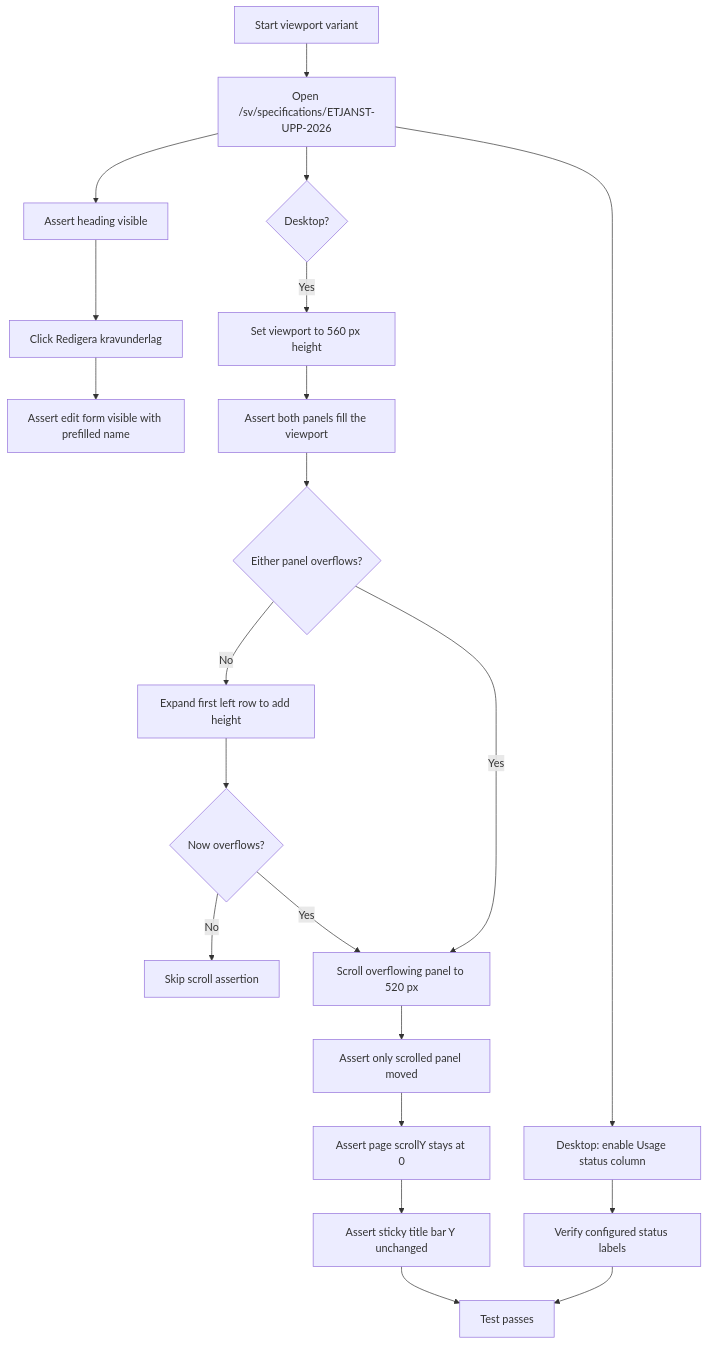
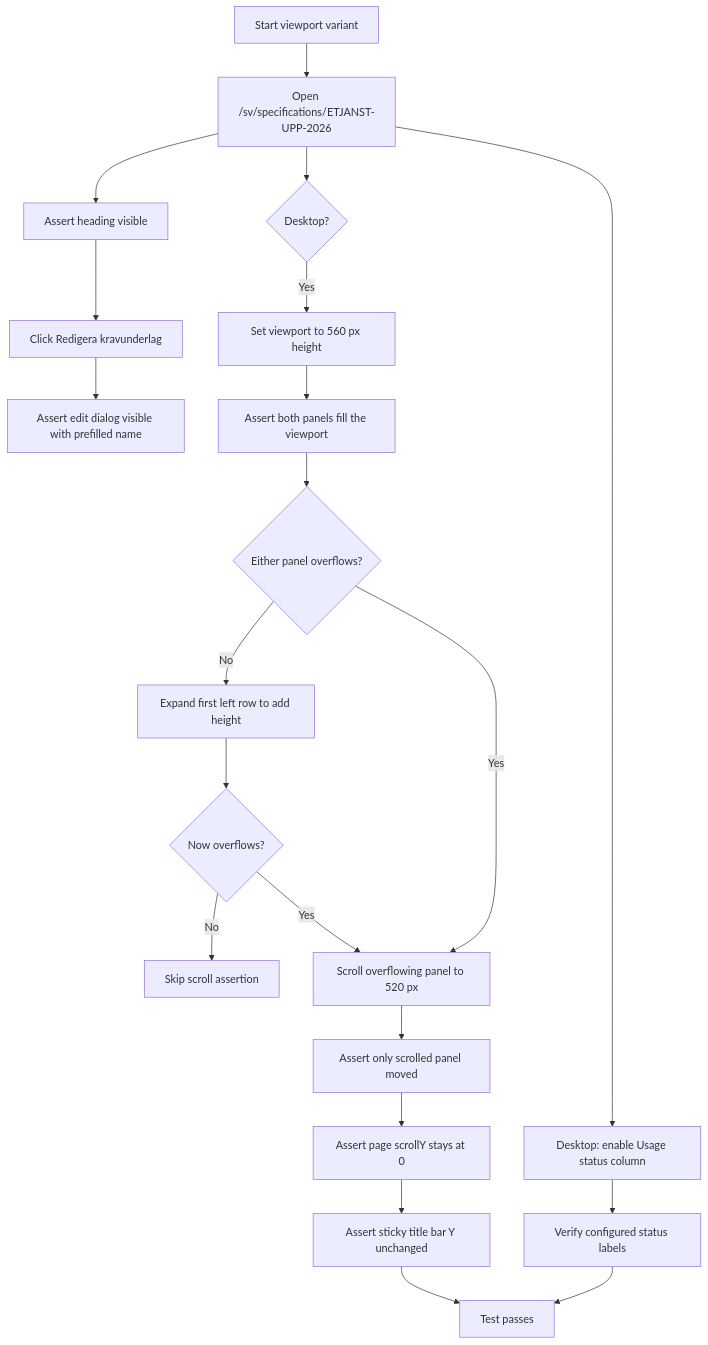
One commit to viscalyx/Kravhantering changed the first of 4 diagrams in tests/integration/requirements-specification-detail.md. Above: the diagram before and after it, drawn with Mermaid. The commit also changed other lines of this file and 351 other files, not shown here.

````diff
--- a/tests/integration/requirements-specification-detail.md
+++ b/tests/integration/requirements-specification-detail.md
@@ -30,23 +30,23 @@
 ```mermaid
 flowchart TD
     A[Start viewport variant] --> B[Open /sv/specifications/ETJANST-UPP-2026]
     B --> C[Assert heading visible]
     C --> D[Click Redigera kravunderlag]
-    D --> E[Assert edit form visible with prefilled name]
+    D --> E[Assert edit dialog visible with prefilled name]
     B --> F{Desktop?}
     F -- Yes --> G[Set viewport to 560 px height]
     G --> H[Assert both panels fill the viewport]
     H --> I{Either panel overflows?}
     I -- No --> J[Expand first left row to add height]
     J --> K{Now overflows?}
     K -- No --> L[Skip scroll assertion]
     K -- Yes --> M[Scroll overflowing panel to 520 px]
     I -- Yes --> M
     M --> N[Assert only scrolled panel moved]
     N --> O[Assert page scrollY stays at 0]
     O --> P[Assert sticky title bar Y unchanged]
     B --> Q[Desktop: enable Usage status column]
     Q --> R[Verify configured status labels]
     P --> S[Test passes]
     R --> S
 ```
````
